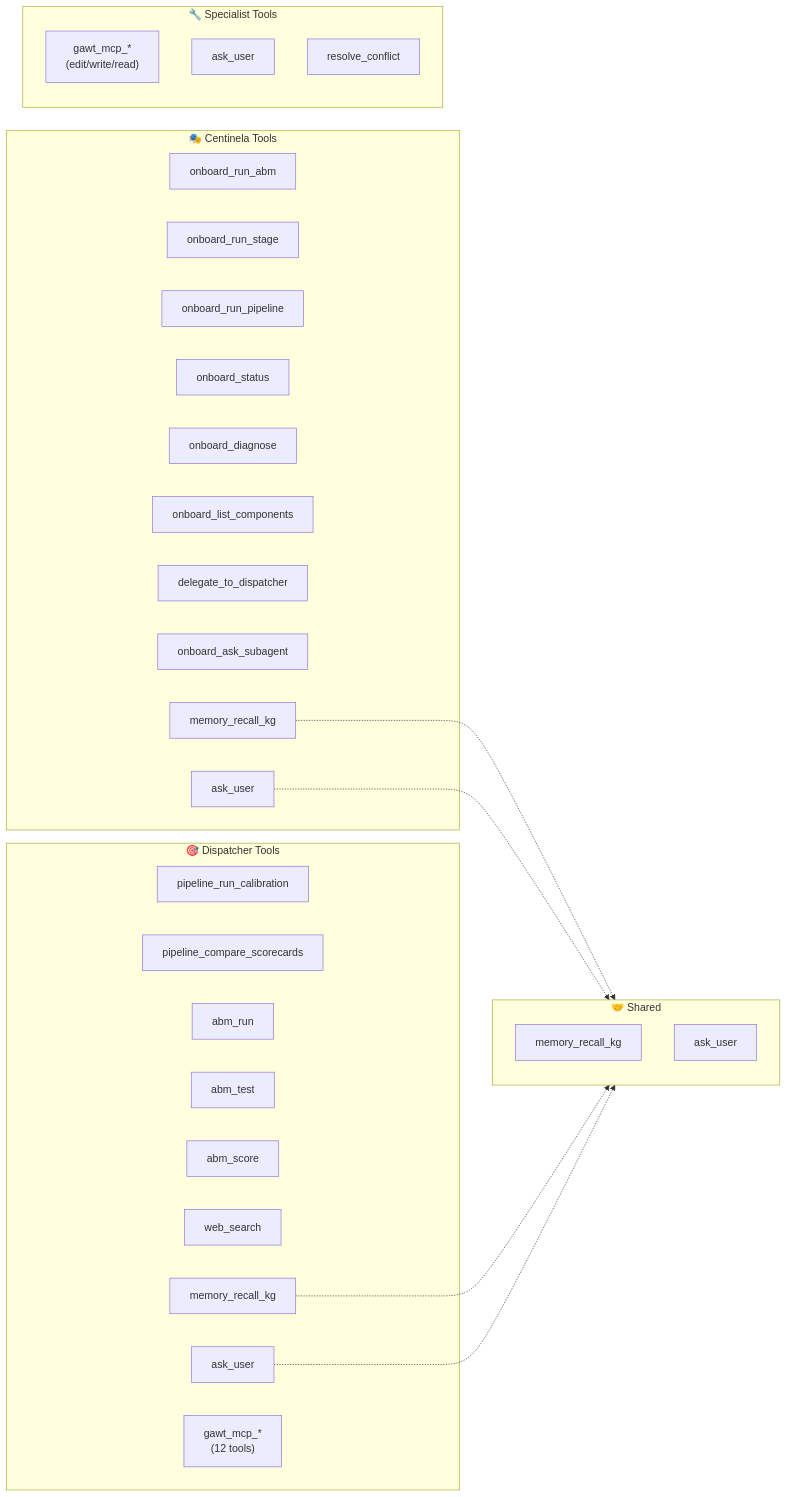
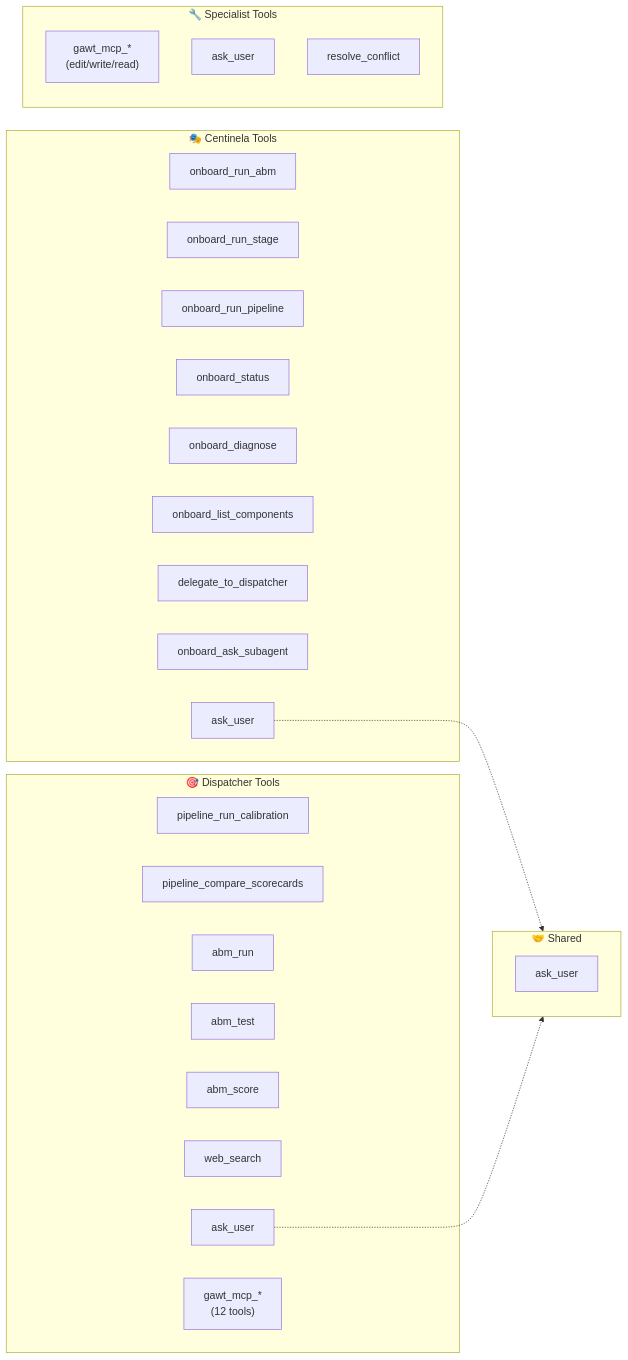
The third of 9 diagrams in docs/diagrams/janus-architecture.md (ANFAIA/MalariaSentinel), drawn with Mermaid before and after one commit. The commit also changed other lines of this file and 37 other files, not shown here.

First line of the commit message:
docs: drop knowledge-graph references after retiring the memory module

````diff
--- a/docs/diagrams/janus-architecture.md
+++ b/docs/diagrams/janus-architecture.md
@@ -125,43 +119,38 @@
 ```mermaid
 graph LR
     subgraph CentinelaTools["🎭 Centinela Tools"]
         CT1["onboard_run_abm"]
         CT2["onboard_run_stage"]
         CT3["onboard_run_pipeline"]
         CT4["onboard_status"]
         CT5["onboard_diagnose"]
         CT6["onboard_list_components"]
         CT7["delegate_to_dispatcher"]
         CT8["onboard_ask_subagent"]
-        CT9["memory_recall_kg"]
-        CT10["ask_user"]
+        CT9["ask_user"]
     end
 
     subgraph DispatcherTools["🎯 Dispatcher Tools"]
         DT1["pipeline_run_calibration"]
         DT2["pipeline_compare_scorecards"]
         DT3["abm_run"]
         DT4["abm_test"]
         DT5["abm_score"]
         DT6["web_search"]
-        DT7["memory_recall_kg"]
-        DT8["ask_user"]
-        DT9["gawt_mcp_*<br/>(12 tools)"]
+        DT7["ask_user"]
+        DT8["gawt_mcp_*<br/>(12 tools)"]
     end
 
     subgraph SpecialistTools["🔧 Specialist Tools"]
         ST1["gawt_mcp_*<br/>(edit/write/read)"]
         ST2["ask_user"]
         ST3["resolve_conflict"]
     end
 
     subgraph Shared["🤝 Shared"]
-        SH1["memory_recall_kg"]
-        SH2["ask_user"]
+        SH1["ask_user"]
     end
 
     CT9 -.-> Shared
     DT7 -.-> Shared
-    CT10 -.-> Shared
-    DT8 -.-> Shared
 ```
````
